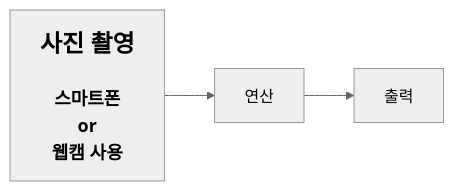
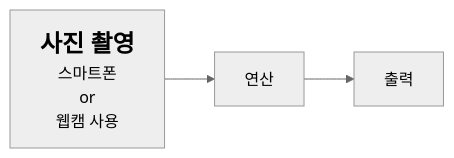
Before and after one commit to 201710808/-p: the diagram in Readme.md, drawn with Mermaid (neutral theme).

````diff
--- a/Readme.md
+++ b/Readme.md
@@ -3,5 +3,5 @@
 ```mermaid
 graph LR
-A[<b><span style='font-size:24px'>사진 촬영</span></b><br><br><b><span style='font-size:18px'>스마트폰\nor\n웹캠 사용</span></b>]-->B[연산]
+A[<b><span style='font-size:24px'>사진 촬영</span></b><br>스마트폰\nor\n웹캠 사용]-->B[연산]
 B-->C[출력]
 ```
````
